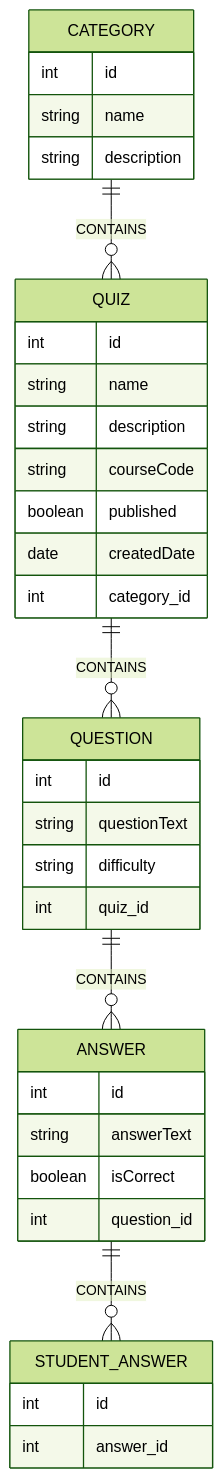
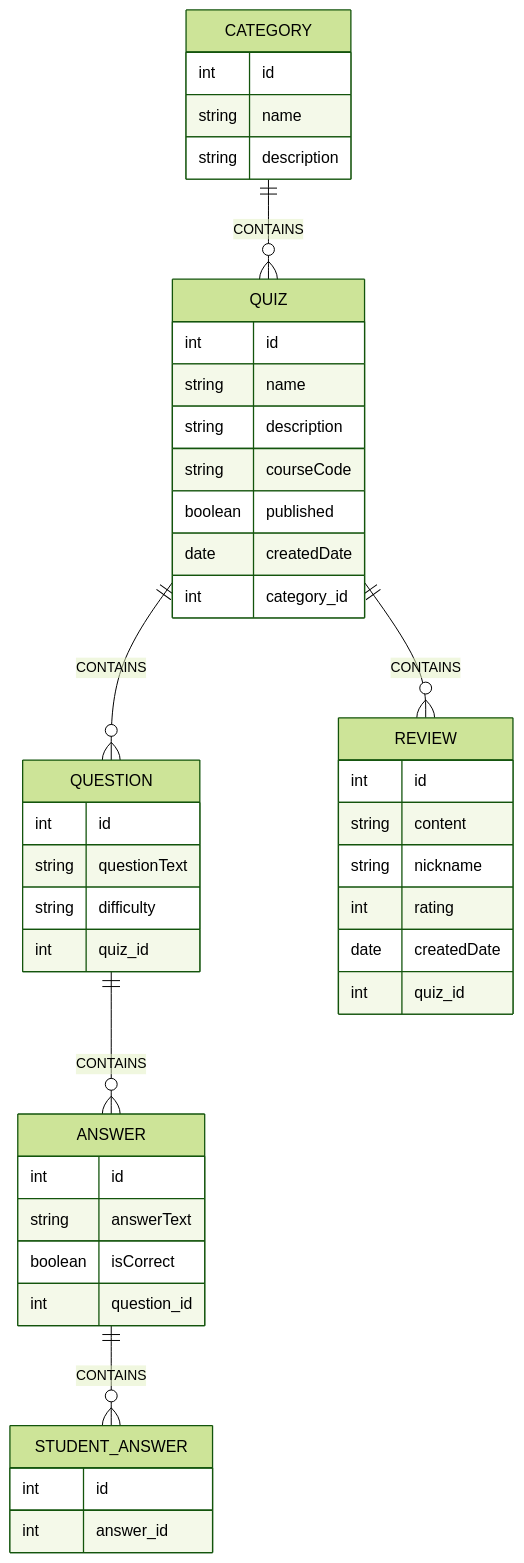
The diagram in README.md (AN3Ts/quiz), drawn with Mermaid (forest theme) before and after one commit. The commit also changed other lines of this file, not shown here.

Commit message:
Modified README to add Review to Data Model and add License link

````diff
--- a/README.md
+++ b/README.md
@@ -101,39 +101,48 @@
 ```mermaid
   erDiagram
 
     CATEGORY {
       int id
       string name
       string description
     }
     QUIZ {
       int id
       string name
       string description
       string courseCode
       boolean published
       date createdDate
       int category_id
     }
     QUESTION {
       int id
       string questionText
       string difficulty
       int quiz_id
     }
     ANSWER {
       int id
       string answerText
       boolean isCorrect
       int question_id
     }
     STUDENT_ANSWER {
       int id
       int answer_id
     }
+    REVIEW {
+      int id
+      string content
+      string nickname
+      int rating
+      date createdDate
+      int quiz_id
+    }
 
     CATEGORY ||--o{ QUIZ : CONTAINS
     QUIZ ||--o{ QUESTION : CONTAINS
+    QUIZ ||--o{ REVIEW : CONTAINS
     QUESTION ||--o{ ANSWER : CONTAINS
     ANSWER ||--o{ STUDENT_ANSWER: CONTAINS
 ```
````
